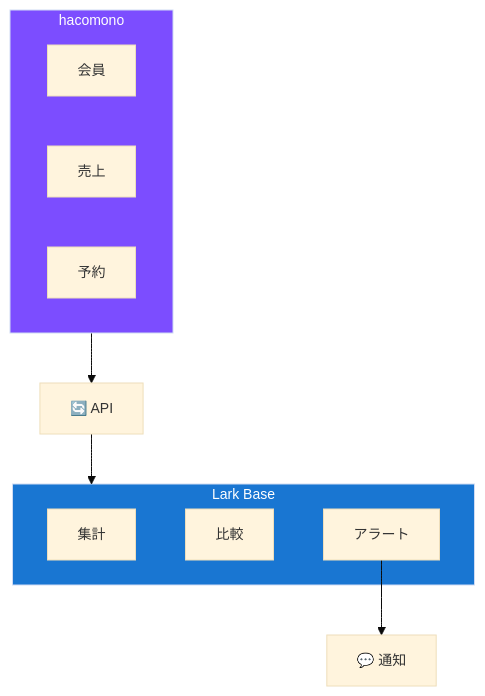
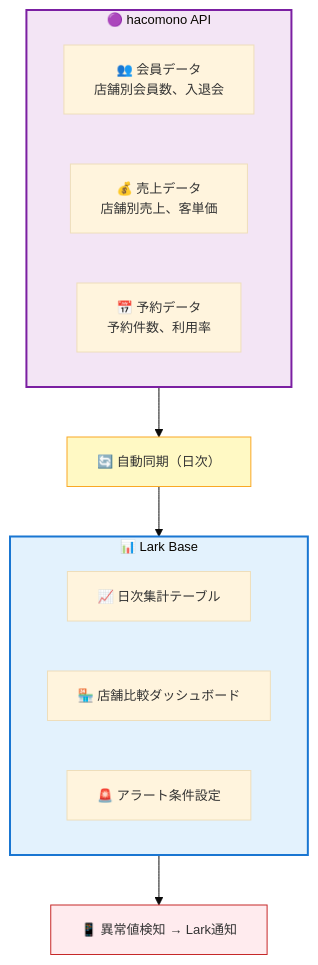
Diagram 20 of 20 in docs/FITPLACE_LARK_PROPOSAL.md (PLark-droid/lark-proposal), drawn with Mermaid before and after one commit. The commit also changed other lines of this file, not shown here.

First line of the commit message:
docs: V1コンテンツベースにインフォグラフィック品質のMermaid図を適用

````diff
--- a/docs/FITPLACE_LARK_PROPOSAL.md
+++ b/docs/FITPLACE_LARK_PROPOSAL.md
@@ -545,25 +795,26 @@
 ```mermaid
-%%{init: {'theme': 'base', 'themeVariables': {'fontSize': '14px'}}}%%
+%%{init: {'theme': 'base', 'themeVariables': {'fontSize': '13px'}}}%%
 flowchart TB
-    subgraph hc["hacomono"]
-        H1["会員"]
-        H2["売上"]
-        H3["予約"]
+    subgraph hacomono["🟣 hacomono API"]
+        H1["👥 会員データ<br/>店舗別会員数、入退会"]
+        H2["💰 売上データ<br/>店舗別売上、客単価"]
+        H3["📅 予約データ<br/>予約件数、利用率"]
     end
 
-    API["🔄 API"]
+    sync["🔄 自動同期（日次）"]
 
-    subgraph lb["Lark Base"]
-        L1["集計"]
-        L2["比較"]
-        L3["アラート"]
+    subgraph base["📊 Lark Base"]
+        B1["📈 日次集計テーブル"]
+        B2["🏪 店舗比較ダッシュボード"]
+        B3["🚨 アラート条件設定"]
     end
 
-    NT["💬 通知"]
+    notify["📱 異常値検知 → Lark通知"]
 
-    hc --> API --> lb
-    L3 --> NT
+    hacomono --> sync --> base --> notify
 
-    style hc fill:#7c4dff,color:#fff
-    style lb fill:#1976d2,color:#fff
+    style hacomono fill:#f3e5f5,stroke:#7b1fa2,stroke-width:2px
+    style sync fill:#fff9c4,stroke:#f9a825
+    style base fill:#e3f2fd,stroke:#1976d2,stroke-width:2px
+    style notify fill:#ffebee,stroke:#c62828
 ```
````
